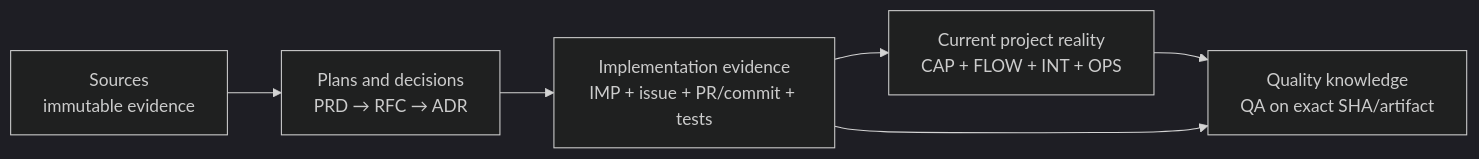
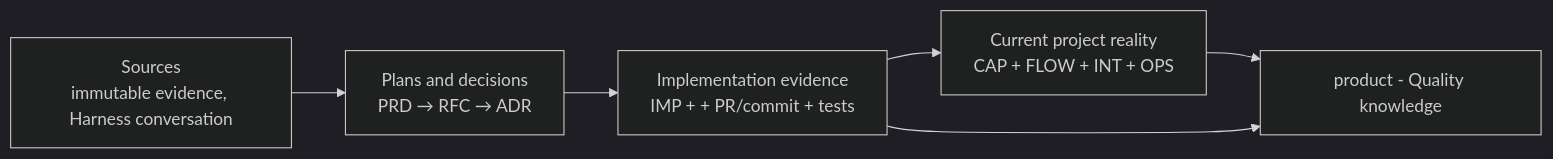
Before and after one commit to mirumee/nimara-ecommerce: the diagram in llm-wiki/AGENTS.md, drawn with Mermaid (dark theme). The commit also changed other lines of this file and 17 other files, not shown here.

````diff
--- a/llm-wiki/AGENTS.md
+++ b/llm-wiki/AGENTS.md
@@ -77,8 +75,8 @@
 ```mermaid
 flowchart LR
-    S["Sources<br/>immutable evidence"] --> P["Plans and decisions<br/>PRD → RFC → ADR"]
-    P --> I["Implementation evidence<br/>IMP + issue + PR/commit + tests"]
+    S["Sources<br/>immutable evidence, Harness conversation"] --> P["Plans and decisions<br/>PRD → RFC → ADR"]
+    P --> I["Implementation evidence<br/>IMP + + PR/commit + tests"]
     I --> C["Current project reality<br/>CAP + FLOW + INT + OPS"]
-    C --> Q["Quality knowledge<br/>QA on exact SHA/artifact"]
+    C --> Q["product - Quality knowledge"]
     I --> Q
 ```
````
